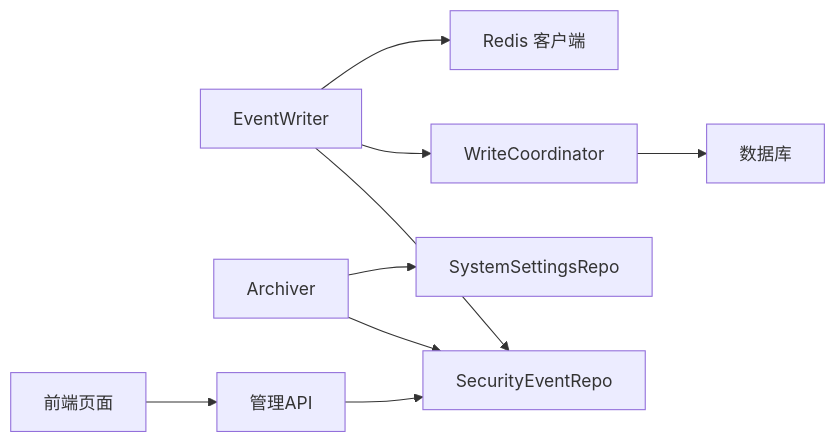
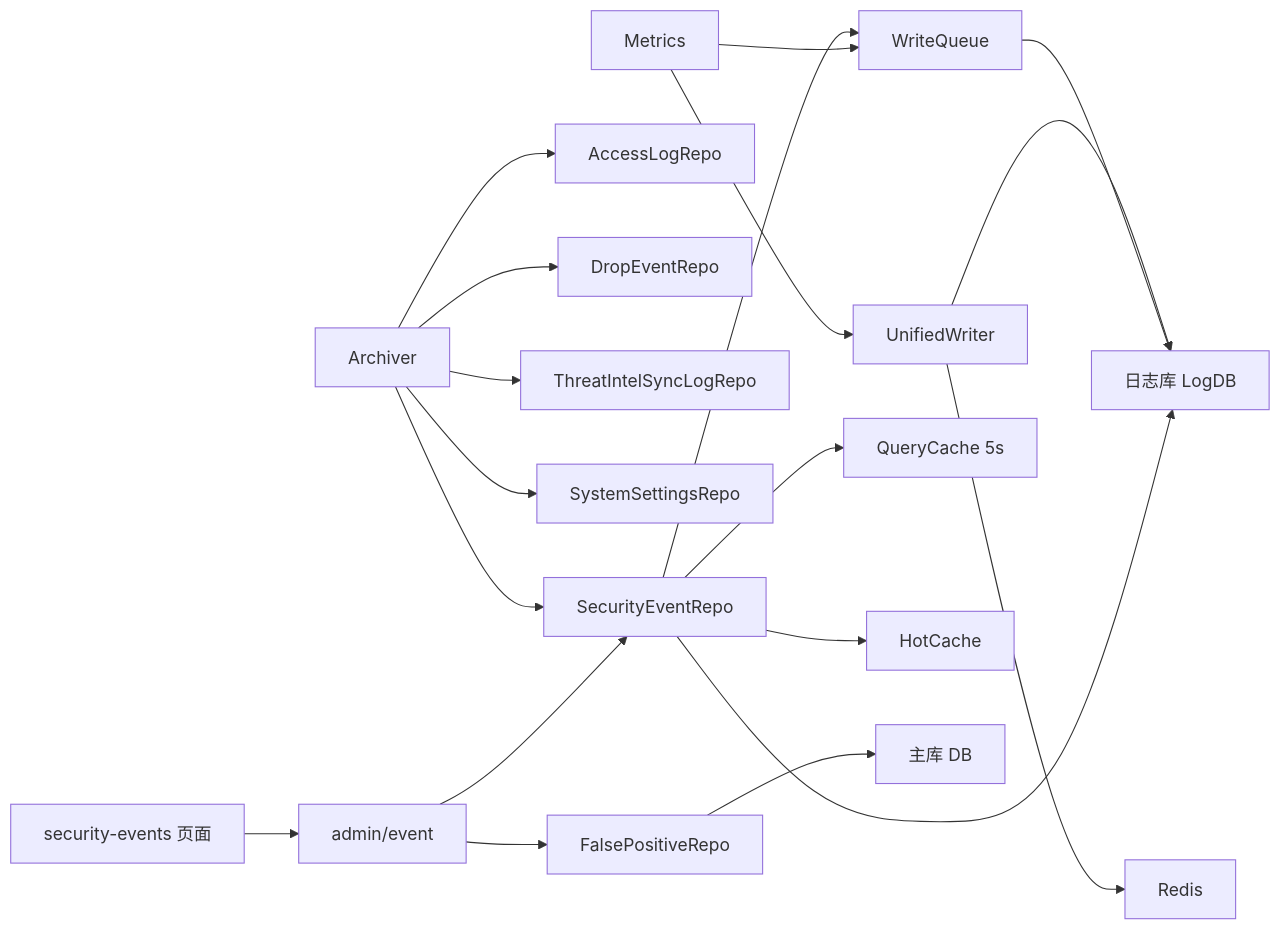
One commit to x01n/My-OpenWaf changed the sixth of 6 diagrams in docs/监控与可观测性/安全事件记录.md. Above: the diagram before and after it, drawn with Mermaid. The commit also changed other lines of this file and 622 other files, not shown here.

````diff
--- a/docs/监控与可观测性/安全事件记录.md
+++ b/docs/监控与可观测性/安全事件记录.md
@@ -345,11 +509,21 @@
 ```mermaid
 graph LR
-EW["EventWriter"] --> REPO["SecurityEventRepo"]
-EW --> WC["WriteCoordinator"]
-EW --> REDIS["Redis 客户端"]
-WC --> DB["数据库"]
-AR["Archiver"] --> REPO
-AR --> SS["SystemSettingsRepo"]
-API["管理API"] --> REPO
-FE["前端页面"] --> API
+EW["UnifiedWriter"] --> LDB["日志库 LogDB"]
+EW --> RDS["Redis"]
+WQ["WriteQueue"] --> LDB
+SER["SecurityEventRepo"] --> LDB
+SER --> QC["QueryCache 5s"]
+SER --> HC["HotCache"]
+SER --> WQ
+AR["Archiver"] --> SER
+AR --> ALR["AccessLogRepo"]
+AR --> DER["DropEventRepo"]
+AR --> SLR["ThreatIntelSyncLogRepo"]
+AR --> SSR["SystemSettingsRepo"]
+API["admin/event"] --> SER
+API --> FPR["FalsePositiveRepo"]
+FPR --> CDB["主库 DB"]
+MTX["Metrics"] --> EW
+MTX --> WQ
+FE["security-events 页面"] --> API
 ```
````
